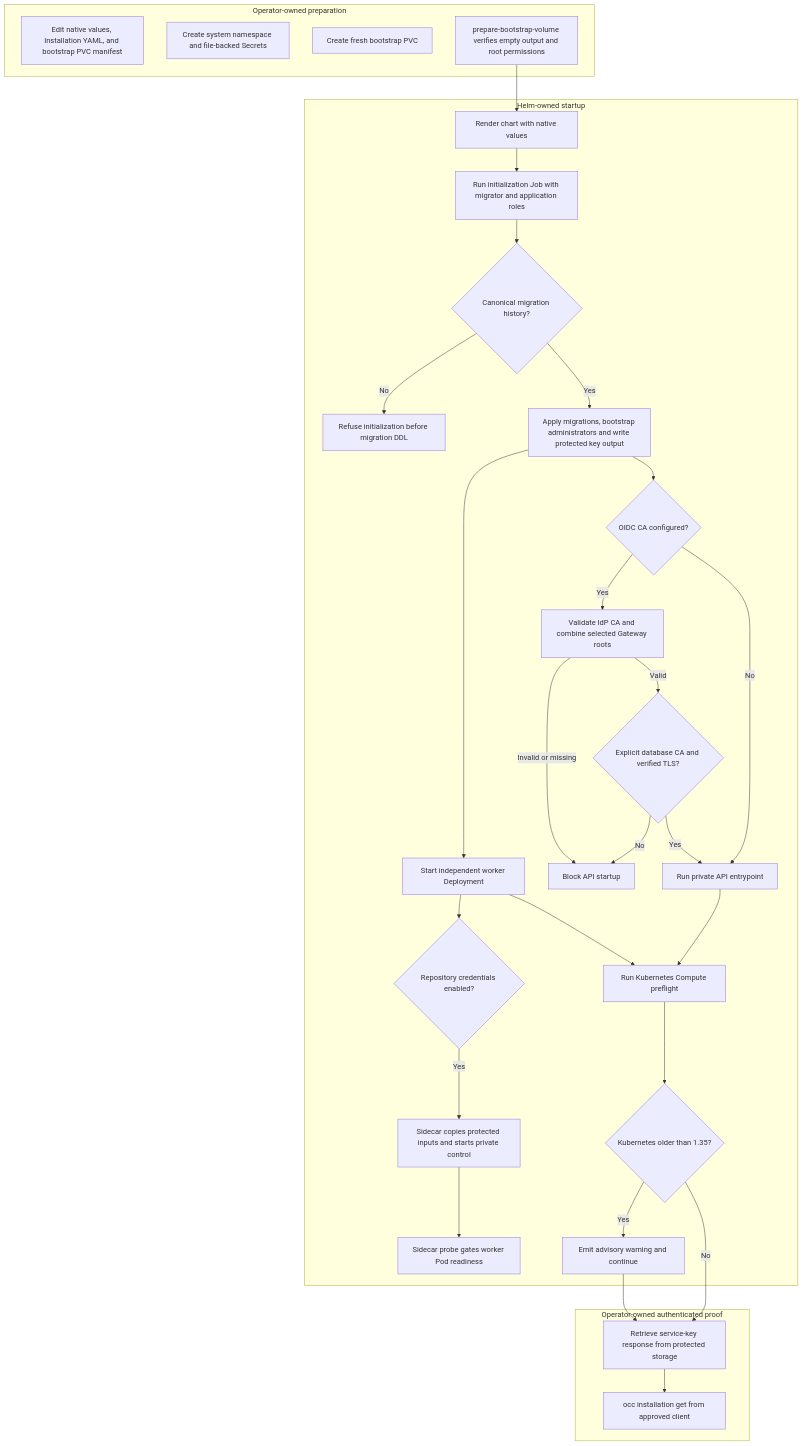
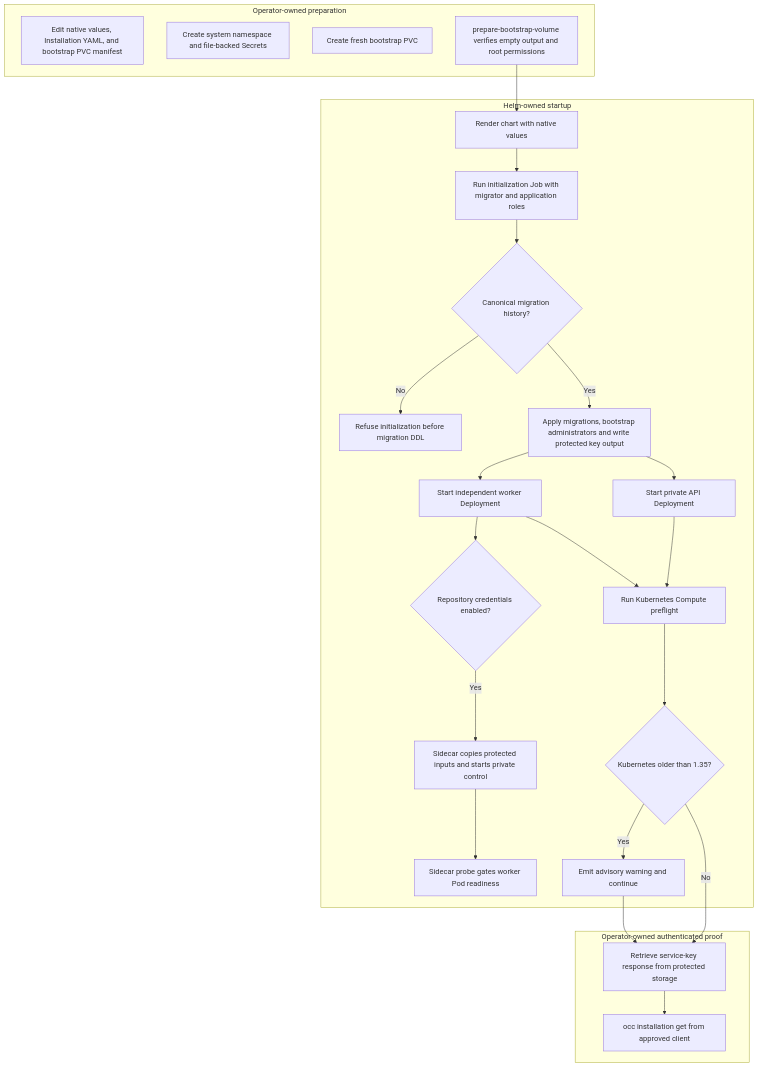
Before and after one commit to openclaw/openclaw-enterprise: the diagram in docs/flows/production-startup.md, drawn with Mermaid. The commit also changed other lines of this file and 2 other files, not shown here.

Commit message:
docs: keep private OIDC CA pages under the word cap after syncing main
Main's production-startup and workspace-routing pages sit at the
2,500-word cap, so the merged OIDC CA paragraphs are condensed and the
flow diagram keeps main's API node. The local testing page records the
IP database host refusal.

````diff
--- a/docs/flows/production-startup.md
+++ b/docs/flows/production-startup.md
@@ -32,36 +32,30 @@
 ```mermaid
 graph TD
     subgraph Operator["Operator-owned preparation"]
         A["Edit native values, Installation YAML, and bootstrap PVC manifest"]
         B["Create system namespace and file-backed Secrets"]
         C["Create fresh bootstrap PVC"]
         D["prepare-bootstrap-volume verifies empty output and root permissions"]
     end
     subgraph Helm["Helm-owned startup"]
         D --> E["Render chart with native values"]
         E --> F["Run initialization Job with migrator and application roles"]
         F --> O{"Canonical migration history?"}
         O -->|No| P["Refuse initialization before migration DDL"]
         O -->|Yes| G["Apply migrations, bootstrap administrators and write protected key output"]
-        G --> CA{"OIDC CA configured?"}
-        CA -->|No| H["Run private API entrypoint"]
-        CA -->|Yes| CB["Validate IdP CA and combine selected Gateway roots"]
-        CB -->|Valid| DB{"Explicit database CA and verified TLS?"}
-        DB -->|Yes| H
-        DB -->|No| CF
-        CB -->|Invalid or missing| CF["Block API startup"]
+        G --> H["Start private API Deployment"]
         G --> I["Start independent worker Deployment"]
         I --> R{"Repository credentials enabled?"}
         R -->|Yes| S["Sidecar copies protected inputs and starts private control"]
         S --> Q["Sidecar probe gates worker Pod readiness"]
         H --> L["Run Kubernetes Compute preflight"]
         I --> L
         L --> M{"Kubernetes older than 1.35?"}
         M -->|Yes| N["Emit advisory warning and continue"]
     end
     subgraph Proof["Operator-owned authenticated proof"]
         M -->|No| J["Retrieve service-key response from protected storage"]
         N --> J
         J --> K["occ installation get from approved client"]
     end
 ```
````
